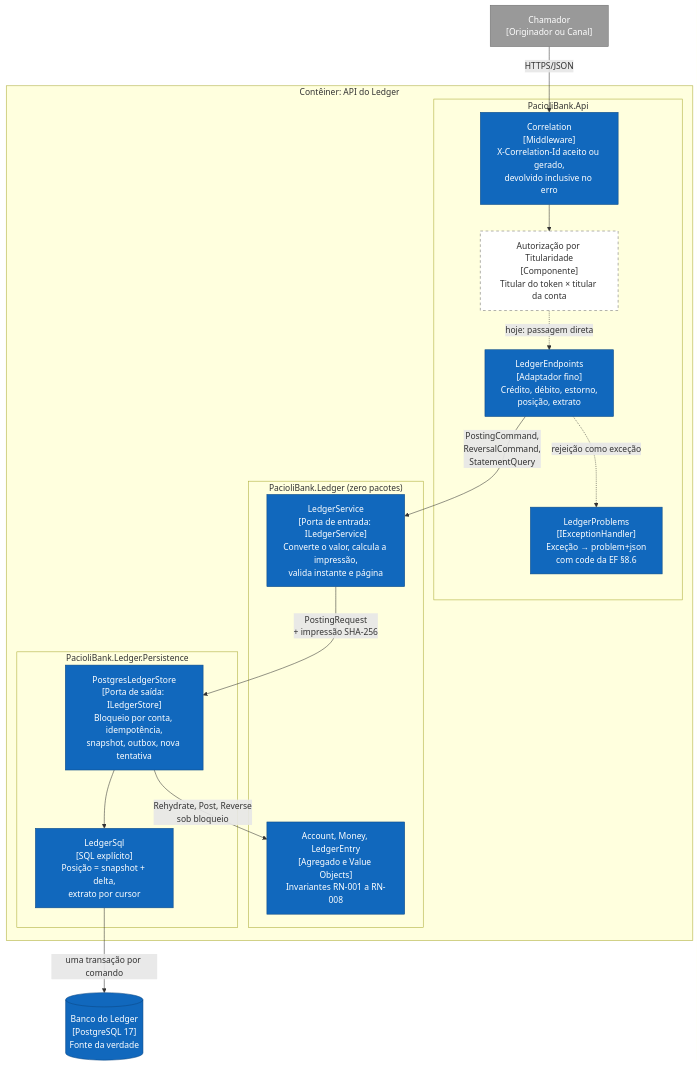
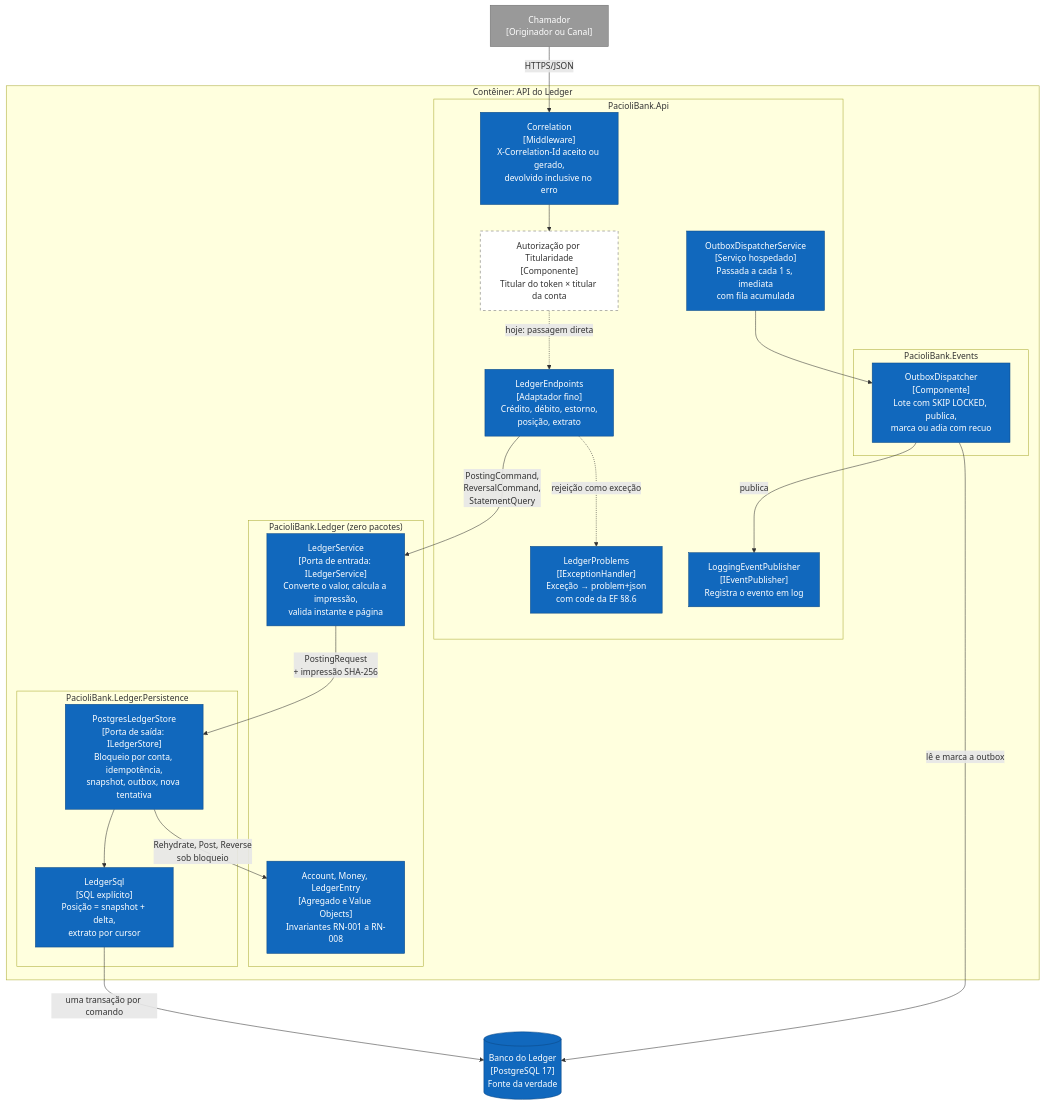
One commit to eduardojnet/PacioliBank changed the diagram in docs/diagrams/c3-componentes.md. Above: the diagram before and after it, drawn with Mermaid. The commit also changed other lines of this file and 23 other files, not shown here.

Commit message:
feat(events): despachante de outbox com SKIP LOCKED, recuo e alerta (card 24)

````diff
--- a/docs/diagrams/c3-componentes.md
+++ b/docs/diagrams/c3-componentes.md
@@ -5,39 +5,48 @@
 ```mermaid
 flowchart TB
     cliente["Chamador<br/>[Originador ou Canal]"]:::externo
 
     subgraph api["Contêiner: API do Ledger"]
         subgraph http["PacioliBank.Api"]
             corr["Correlation<br/>[Middleware]<br/>X-Correlation-Id aceito ou gerado,<br/>devolvido inclusive no erro"]:::impl
             authz["Autorização por Titularidade<br/>[Componente]<br/>Titular do token × titular da conta"]:::espec
             endp["LedgerEndpoints<br/>[Adaptador fino]<br/>Crédito, débito, estorno,<br/>posição, extrato"]:::impl
             probs["LedgerProblems<br/>[IExceptionHandler]<br/>Exceção → problem+json<br/>com code da EF §8.6"]:::impl
+            dispsvc["OutboxDispatcherService<br/>[Serviço hospedado]<br/>Passada a cada 1 s, imediata<br/>com fila acumulada"]:::impl
+            logpub["LoggingEventPublisher<br/>[IEventPublisher]<br/>Registra o evento em log"]:::impl
         end
 
         subgraph app["PacioliBank.Ledger (zero pacotes)"]
             svc["LedgerService<br/>[Porta de entrada: ILedgerService]<br/>Converte o valor, calcula a impressão,<br/>valida instante e página"]:::impl
             dom["Account, Money, LedgerEntry<br/>[Agregado e Value Objects]<br/>Invariantes RN-001 a RN-008"]:::impl
         end
 
         subgraph persist["PacioliBank.Ledger.Persistence"]
             store["PostgresLedgerStore<br/>[Porta de saída: ILedgerStore]<br/>Bloqueio por conta, idempotência,<br/>snapshot, outbox, nova tentativa"]:::impl
             sql["LedgerSql<br/>[SQL explícito]<br/>Posição = snapshot + delta,<br/>extrato por cursor"]:::impl
+        end
+
+        subgraph events["PacioliBank.Events"]
+            disp["OutboxDispatcher<br/>[Componente]<br/>Lote com SKIP LOCKED, publica,<br/>marca ou adia com recuo"]:::impl
         end
     end
 
     db[("Banco do Ledger<br/>[PostgreSQL 17]<br/>Fonte da verdade")]:::impl
 
     cliente -->|HTTPS/JSON| corr
     corr --> authz
     authz -.->|"hoje: passagem direta"| endp
     endp -->|"PostingCommand,<br/>ReversalCommand,<br/>StatementQuery"| svc
     endp -.->|"rejeição como exceção"| probs
     svc -->|"PostingRequest<br/>+ impressão SHA-256"| store
     store -->|"Rehydrate, Post, Reverse<br/>sob bloqueio"| dom
     store --> sql
     sql -->|"uma transação por comando"| db
+    dispsvc --> disp
+    disp -->|"lê e marca a outbox"| db
+    disp -->|"publica"| logpub
 
     classDef externo fill:#999999,stroke:#6b6b6b,color:#fff
     classDef impl fill:#1168bd,stroke:#0b4884,color:#fff
     classDef espec fill:#ffffff,stroke:#6b6b6b,color:#333,stroke-dasharray:5 5
 ```
````
